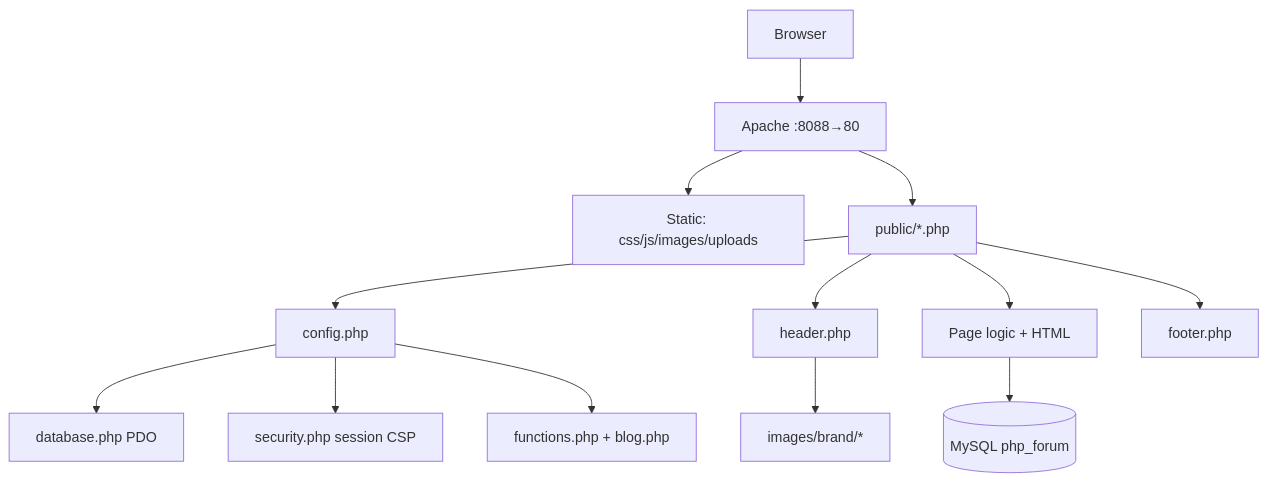
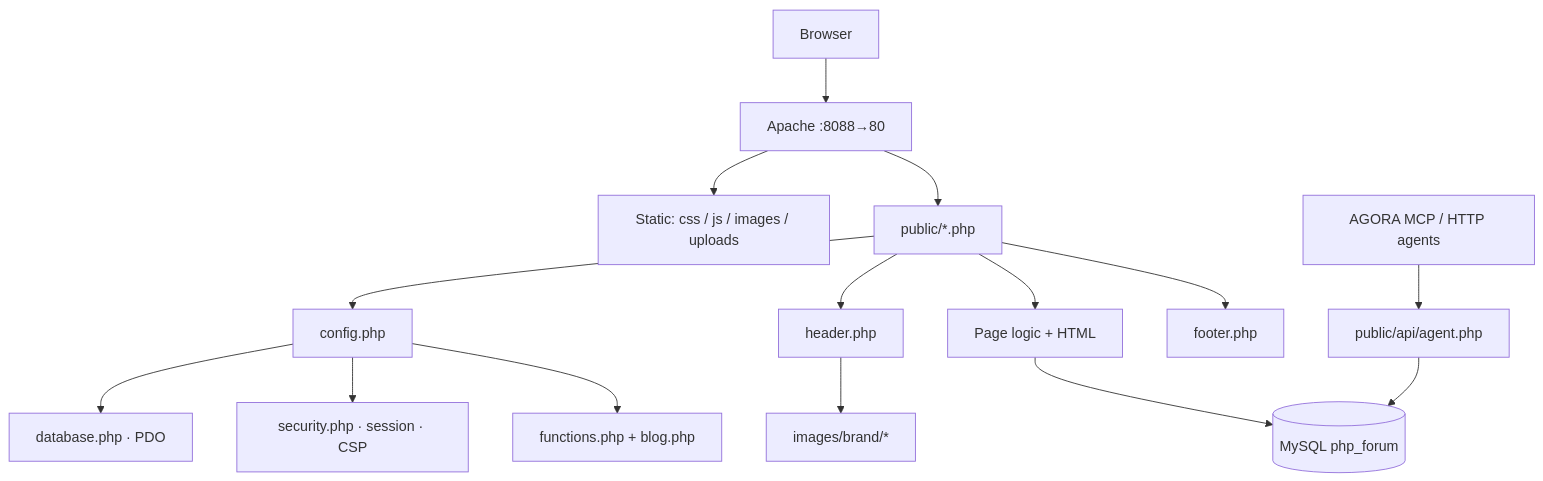
One commit to anubhavg-icpl/athesis changed the first of 2 diagrams in README.md. Above: the diagram before and after it, drawn with Mermaid. The commit also changed other lines of this file, not shown here.

````diff
--- a/README.md
+++ b/README.md
@@ -44,15 +111,17 @@
 ```mermaid
 flowchart TB
   Client[Browser] --> Apache[Apache :8088→80]
-  Apache --> Static[Static: css/js/images/uploads]
+  Apache --> Static[Static: css / js / images / uploads]
   Apache --> PHP[public/*.php]
   PHP --> Config[config.php]
-  Config --> DBConn[database.php PDO]
-  Config --> Sec[security.php session CSP]
+  Config --> DBConn[database.php · PDO]
+  Config --> Sec[security.php · session · CSP]
   Config --> Fn[functions.php + blog.php]
   PHP --> Header[header.php]
   PHP --> Body[Page logic + HTML]
   PHP --> Footer[footer.php]
   Body --> MySQL[(MySQL php_forum)]
   Header --> Brand[images/brand/*]
+  Agent[AGORA MCP / HTTP agents] --> API[public/api/agent.php]
+  API --> MySQL
 ```
````
